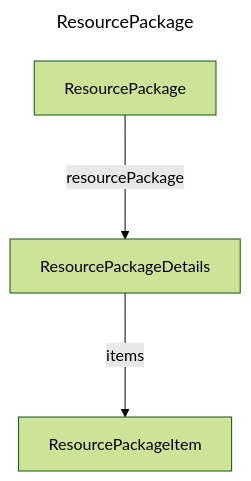
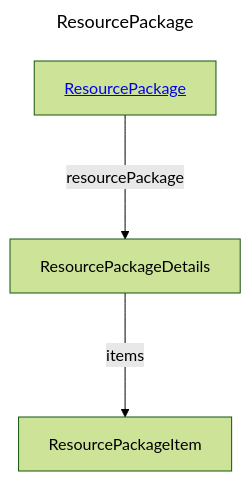
Before and after one commit to douglassimonsen/pbi_core: the diagram in docs/docs/layout/erd/ResourcePackage.md, drawn with Mermaid (forest theme). The commit also changed 76 other files, not shown here.

````diff
--- a/docs/docs/layout/erd/ResourcePackage.md
+++ b/docs/docs/layout/erd/ResourcePackage.md
@@ -1,11 +1,11 @@
 ```mermaid
 ---
 title: ResourcePackage
 ---
 graph 
-2430514902592["ResourcePackageDetails"]
-2430514892832["ResourcePackage"]
-2430514886000["ResourcePackageItem"]
-2430514892832 --->|resourcePackage| 2430514902592
-2430514902592 --->|items| 2430514886000
+ResourcePackage[<a href='/layout/erd/ResourcePackage'>ResourcePackage</a>]
+ResourcePackageDetails[ResourcePackageDetails]
+ResourcePackageItem[ResourcePackageItem]
+ResourcePackageDetails --->|items| ResourcePackageItem
+ResourcePackage --->|resourcePackage| ResourcePackageDetails
 ```
````
